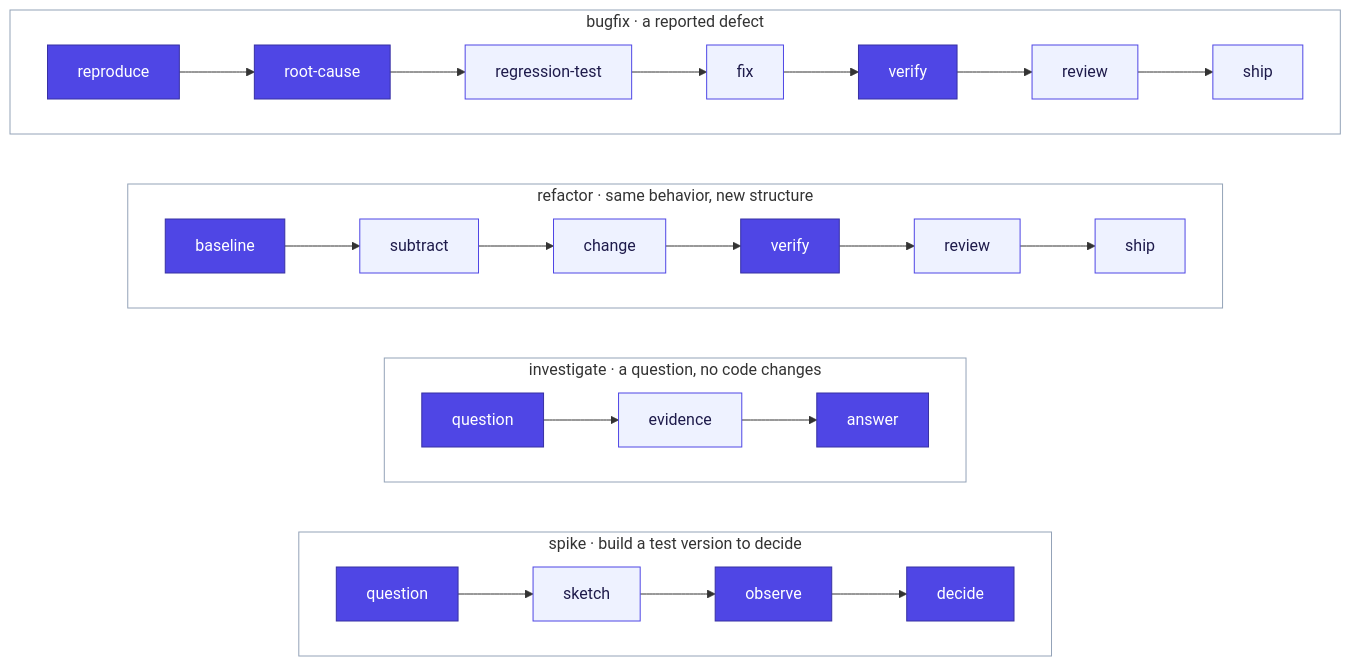
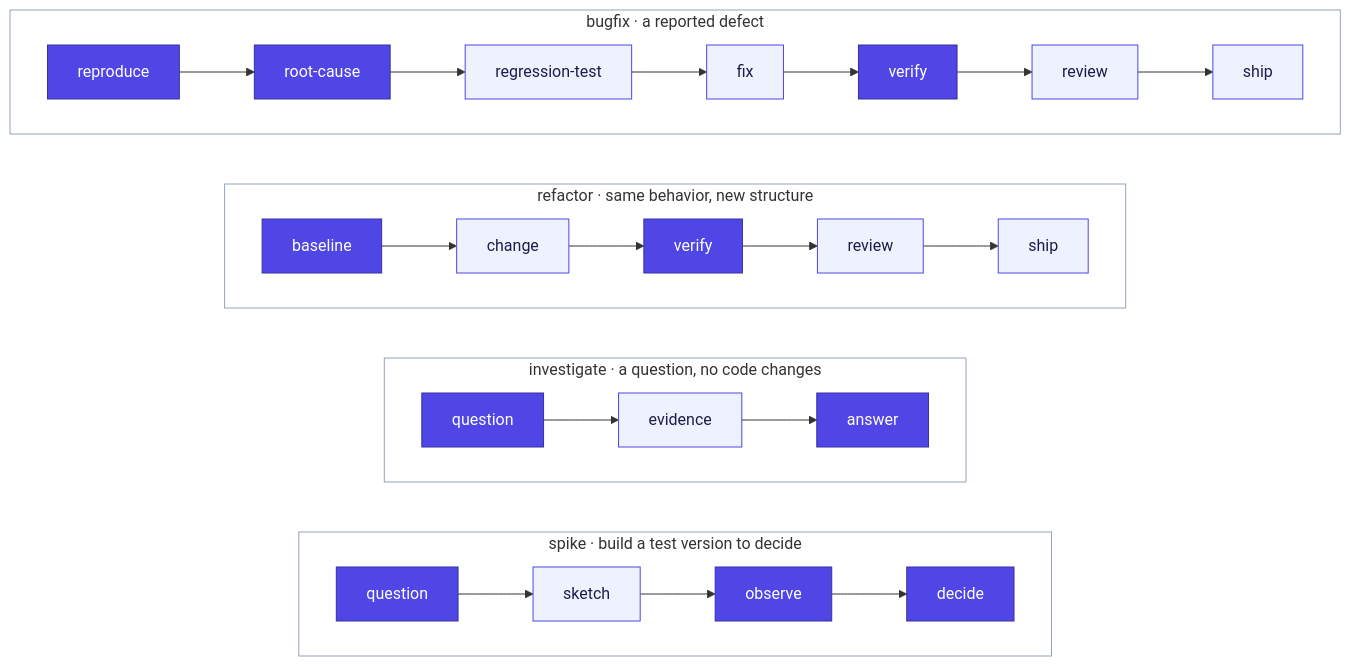
Before and after one commit to 0x00vb/vstack: the third of 7 diagrams in README.md, drawn with Mermaid. The commit also changed other lines of this file and 19 other files, not shown here.

````diff
--- a/README.md
+++ b/README.md
@@ -168,27 +166,27 @@
 ```mermaid
 flowchart LR
     subgraph spike["spike · build a test version to decide"]
         direction LR
         s1["question"]:::must --> s2["sketch"]:::opt --> s3["observe"]:::must --> s4["decide"]:::must
     end
     subgraph investigate["investigate · a question, no code changes"]
         direction LR
         i1["question"]:::must --> i2["evidence"]:::opt --> i3["answer"]:::must
     end
     subgraph refactor["refactor · same behavior, new structure"]
         direction LR
-        r1["baseline"]:::must --> r2["subtract"]:::opt --> r3["change"]:::opt --> r4["verify"]:::must --> r5["review"]:::opt --> r6["ship"]:::opt
+        r1["baseline"]:::must --> r2["change"]:::opt --> r3["verify"]:::must --> r4["review"]:::opt --> r5["ship"]:::opt
     end
     subgraph bugfix["bugfix · a reported defect"]
         direction LR
         b1["reproduce"]:::must --> b2["root-cause"]:::must --> b3["regression-test"]:::opt --> b4["fix"]:::opt --> b5["verify"]:::must --> b6["review"]:::opt --> b7["ship"]:::opt
     end
 
     style bugfix fill:none,stroke:#94a3b8
     style refactor fill:none,stroke:#94a3b8
     style investigate fill:none,stroke:#94a3b8
     style spike fill:none,stroke:#94a3b8
 
     classDef must fill:#4f46e5,stroke:#3730a3,color:#ffffff
     classDef opt fill:#eef2ff,stroke:#4f46e5,color:#1e1b4b
 ```
````
